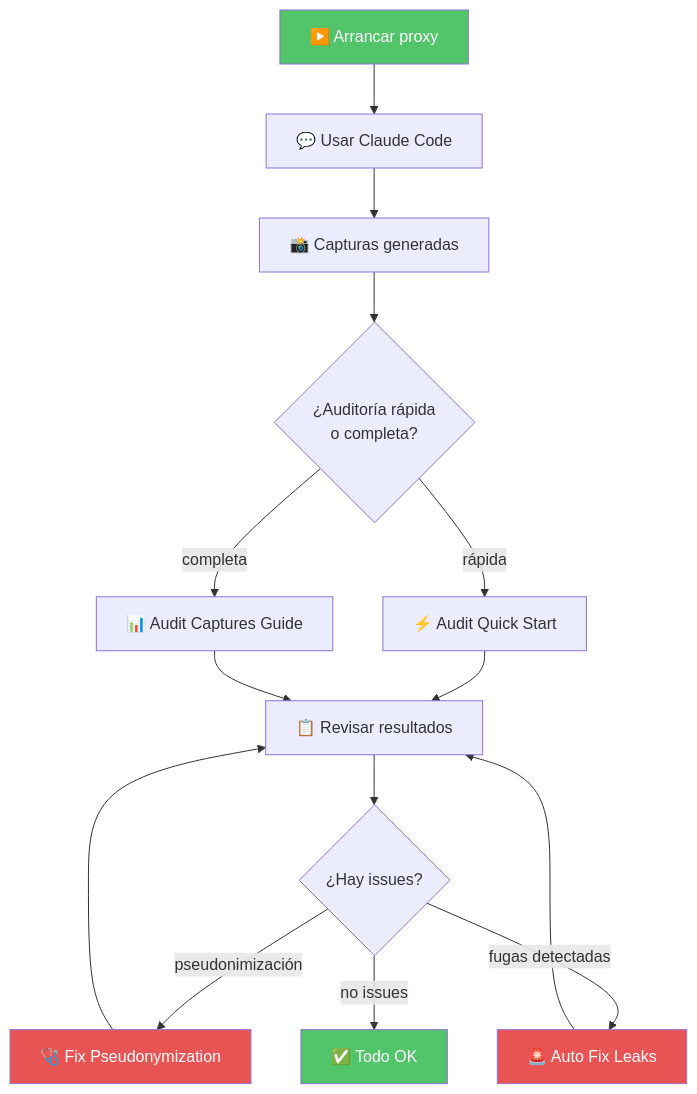
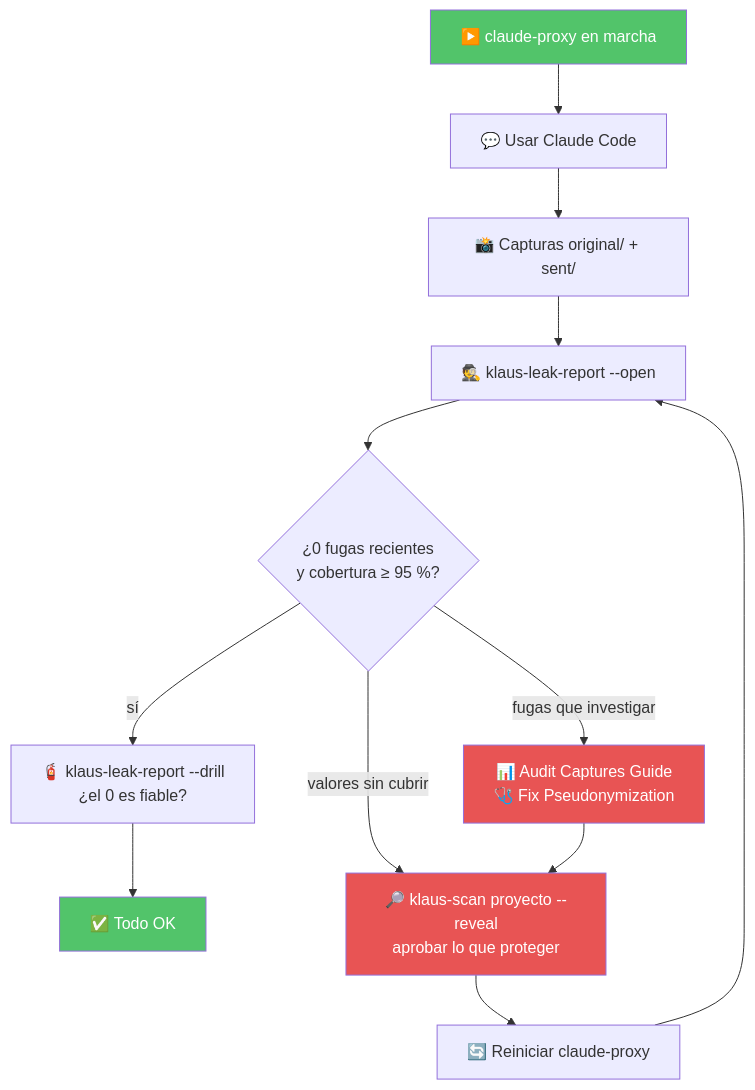
Before and after one commit to Ka0s-Klaus/klaus-proxy-local: the diagram in docs/guides/README.md, drawn with Mermaid. The commit also changed other lines of this file and 13 other files, not shown here.

````diff
--- a/docs/guides/README.md
+++ b/docs/guides/README.md
@@ -62,20 +66,18 @@
 ```mermaid
 flowchart TD
-    A[▶️ Arrancar proxy] --> B[💬 Usar Claude Code]
-    B --> C[📸 Capturas generadas]
-    C --> D{¿Auditoría rápida\no completa?}
-    D -->|rápida| E[⚡ Audit Quick Start]
-    D -->|completa| F[📊 Audit Captures Guide]
-    E --> G[📋 Revisar resultados]
-    F --> G
-    G --> H{¿Hay issues?}
-    H -->|pseudonimización| I[🩺 Fix Pseudonymization]
-    H -->|fugas detectadas| J[🚨 Auto Fix Leaks]
-    H -->|no issues| K[✅ Todo OK]
+    A[▶️ claude-proxy en marcha] --> B[💬 Usar Claude Code]
+    B --> C[📸 Capturas original/ + sent/]
+    C --> D[🕵️ klaus-leak-report --open]
+    D --> E{¿0 fugas recientes<br/>y cobertura ≥ 95 %?}
+    E -->|sí| F[🧯 klaus-leak-report --drill<br/>¿el 0 es fiable?]
+    F --> K[✅ Todo OK]
+    E -->|valores sin cubrir| G[🔎 klaus-scan proyecto --reveal<br/>aprobar lo que proteger]
+    G --> H[🔄 Reiniciar claude-proxy]
+    H --> D
+    E -->|fugas que investigar| I[📊 Audit Captures Guide<br/>🩺 Fix Pseudonymization]
     I --> G
-    J --> G
     style A fill:#52C46A,color:#fff
     style K fill:#52C46A,color:#fff
+    style G fill:#E85454,color:#fff
     style I fill:#E85454,color:#fff
-    style J fill:#E85454,color:#fff
 ```
````
